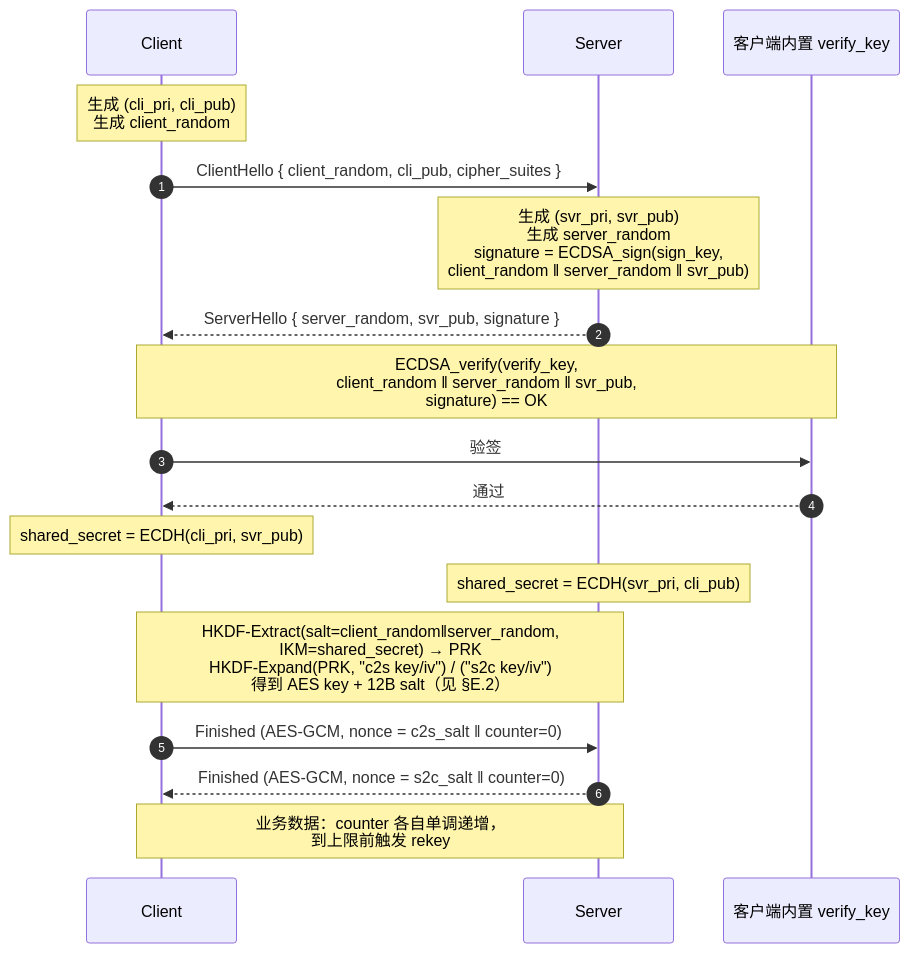
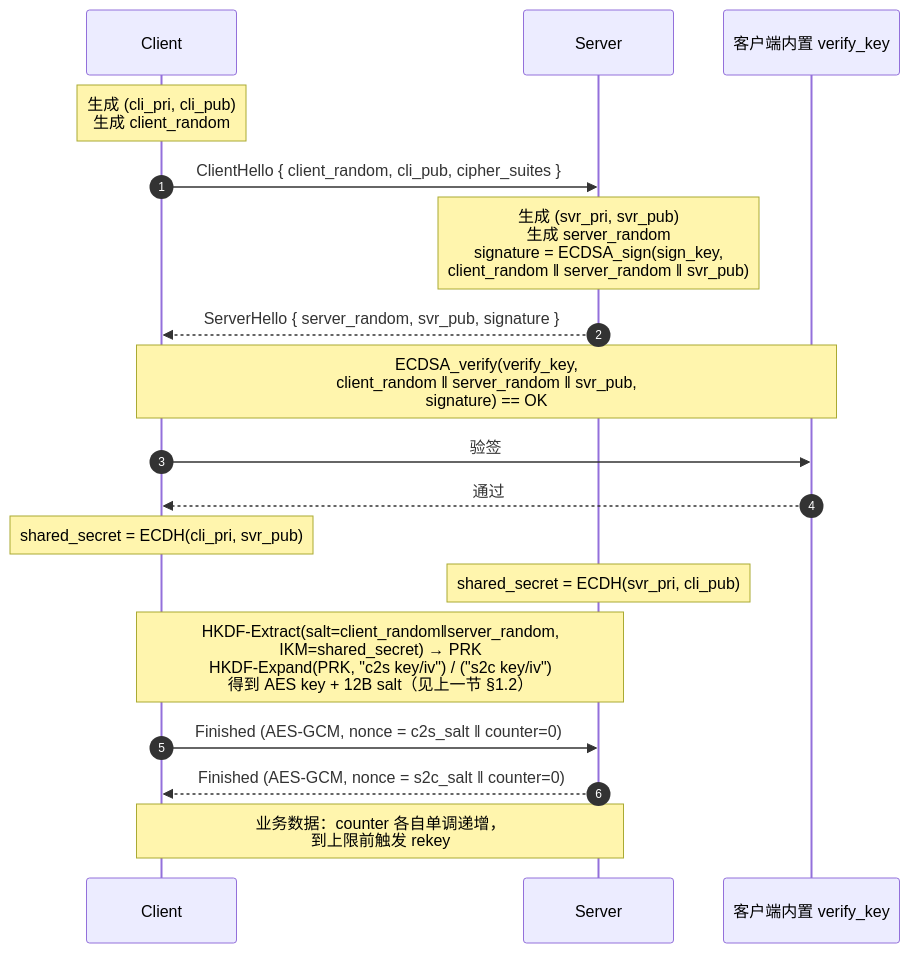
The diagram in _posts/mmtls.md (20083017/20083017.github.io), drawn with Mermaid before and after one commit. The commit also changed other lines of this file and 1 other file, not shown here.

````diff
--- a/_posts/mmtls.md
+++ b/_posts/mmtls.md
@@ -283,27 +215,27 @@
 ```mermaid
 sequenceDiagram
     autonumber
     participant C as Client
     participant S as Server
     participant V as 客户端内置 verify_key
 
     Note over C: 生成 (cli_pri, cli_pub)<br/>生成 client_random
     C->>S: ClientHello { client_random, cli_pub, cipher_suites }
 
     Note over S: 生成 (svr_pri, svr_pub)<br/>生成 server_random<br/>signature = ECDSA_sign(sign_key,<br/>client_random ‖ server_random ‖ svr_pub)
     S-->>C: ServerHello { server_random, svr_pub, signature }
 
     Note over C,V: ECDSA_verify(verify_key,<br/>client_random ‖ server_random ‖ svr_pub,<br/>signature) == OK
     C->>V: 验签
     V-->>C: 通过
 
     Note over C: shared_secret = ECDH(cli_pri, svr_pub)
     Note over S: shared_secret = ECDH(svr_pri, cli_pub)
 
-    Note over C,S: HKDF-Extract(salt=client_random‖server_random,<br/>IKM=shared_secret) → PRK<br/>HKDF-Expand(PRK, "c2s key/iv") / ("s2c key/iv")<br/>得到 AES key + 12B salt（见 §E.2）
+    Note over C,S: HKDF-Extract(salt=client_random‖server_random,<br/>IKM=shared_secret) → PRK<br/>HKDF-Expand(PRK, "c2s key/iv") / ("s2c key/iv")<br/>得到 AES key + 12B salt（见上一节 §1.2）
 
     C->>S: Finished (AES-GCM, nonce = c2s_salt ‖ counter=0)
     S-->>C: Finished (AES-GCM, nonce = s2c_salt ‖ counter=0)
 
     Note over C,S: 业务数据：counter 各自单调递增，<br/>到上限前触发 rekey
 ```
````
